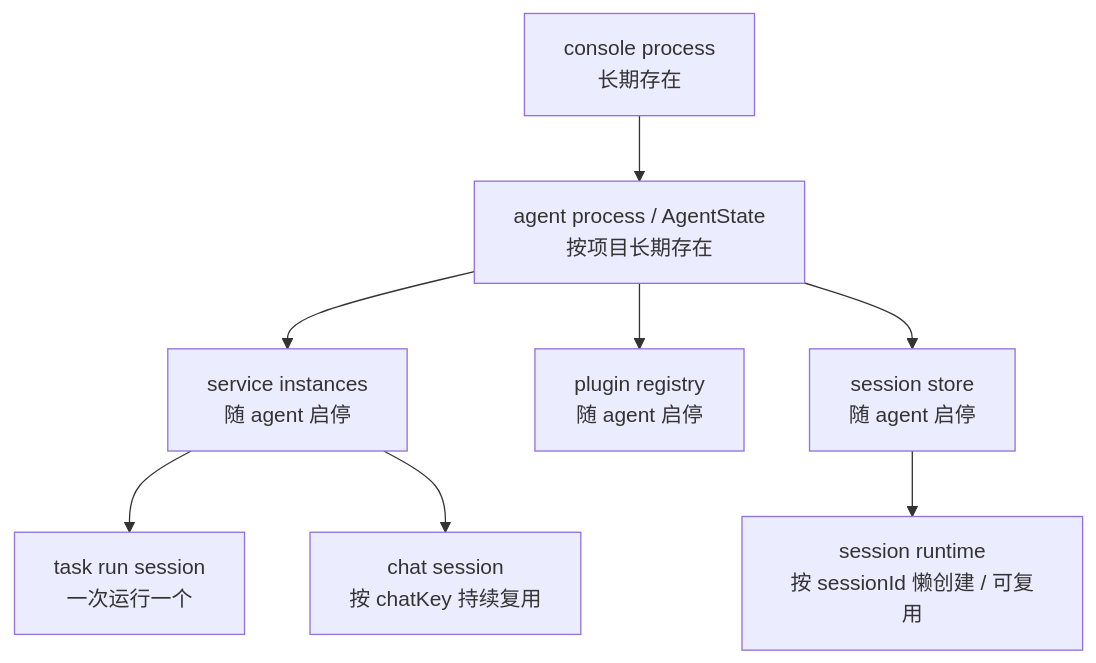
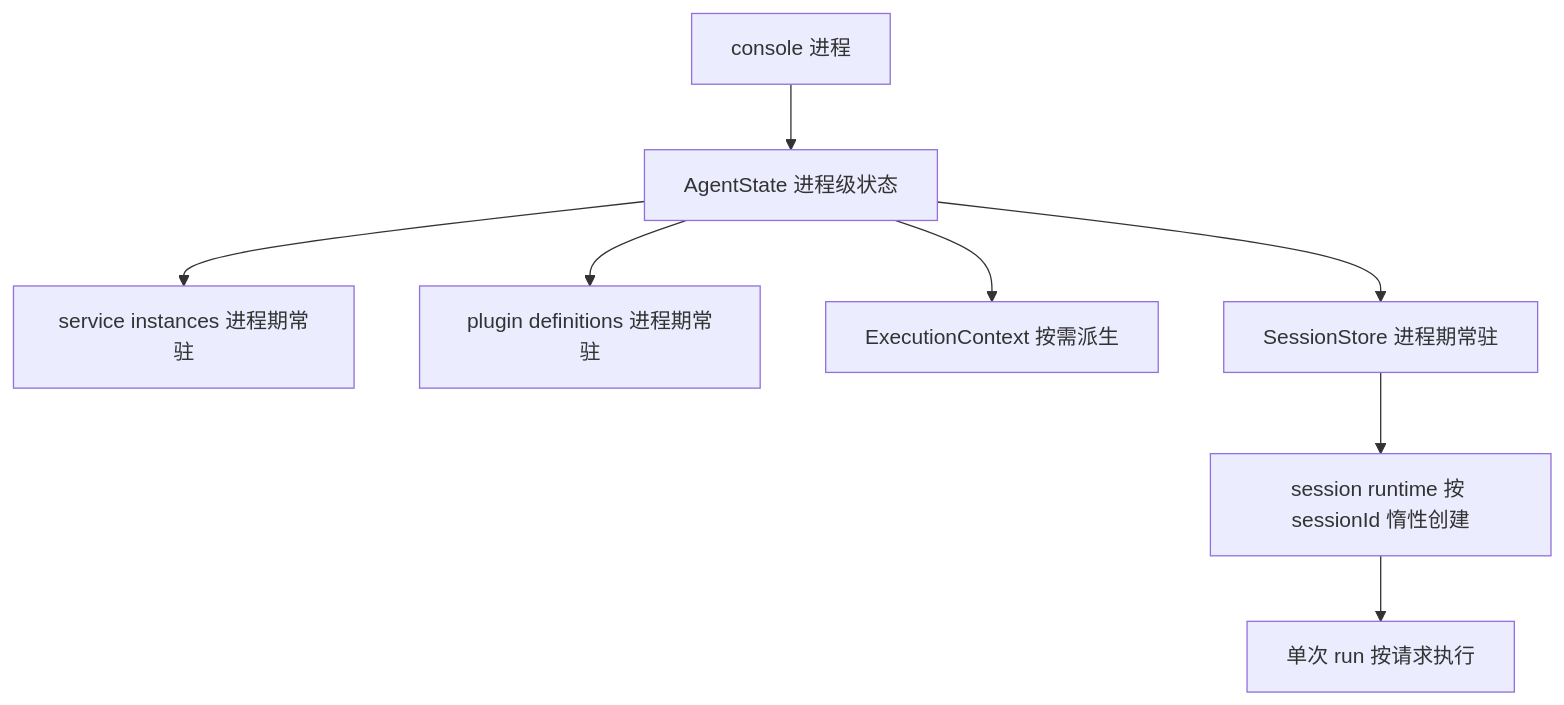
Before and after one commit to wangenius/downcity: the fourth of 7 diagrams in devdocs/agent-native-architecture-design.md, drawn with Mermaid. The commit also changed other lines of this file and 96 other files, not shown here.

````diff
--- a/devdocs/agent-native-architecture-design.md
+++ b/devdocs/agent-native-architecture-design.md
@@ -293,10 +145,10 @@
 ```mermaid
 flowchart TD
-  CONSOLE["console process<br/>长期存在"] --> AGENT["agent process / AgentState<br/>按项目长期存在"]
-  AGENT --> SERVICES["service instances<br/>随 agent 启停"]
-  AGENT --> PLUGINS["plugin registry<br/>随 agent 启停"]
-  AGENT --> SESSIONSTORE["session store<br/>随 agent 启停"]
-  SESSIONSTORE --> SESSION["session runtime<br/>按 sessionId 懒创建 / 可复用"]
-  SERVICES --> TASKRUN["task run session<br/>一次运行一个"]
-  SERVICES --> CHATCTX["chat session<br/>按 chatKey 持续复用"]
+  CONSOLE["console 进程"] --> AGENT["AgentState 进程级状态"]
+  AGENT --> SERVICES["service instances 进程期常驻"]
+  AGENT --> PLUGINS["plugin definitions 进程期常驻"]
+  AGENT --> CTX["ExecutionContext 按需派生"]
+  AGENT --> STORE["SessionStore 进程期常驻"]
+  STORE --> SESSIONRT["session runtime 按 sessionId 惰性创建"]
+  SESSIONRT --> SESSIONRUN["单次 run 按请求执行"]
 ```
````
